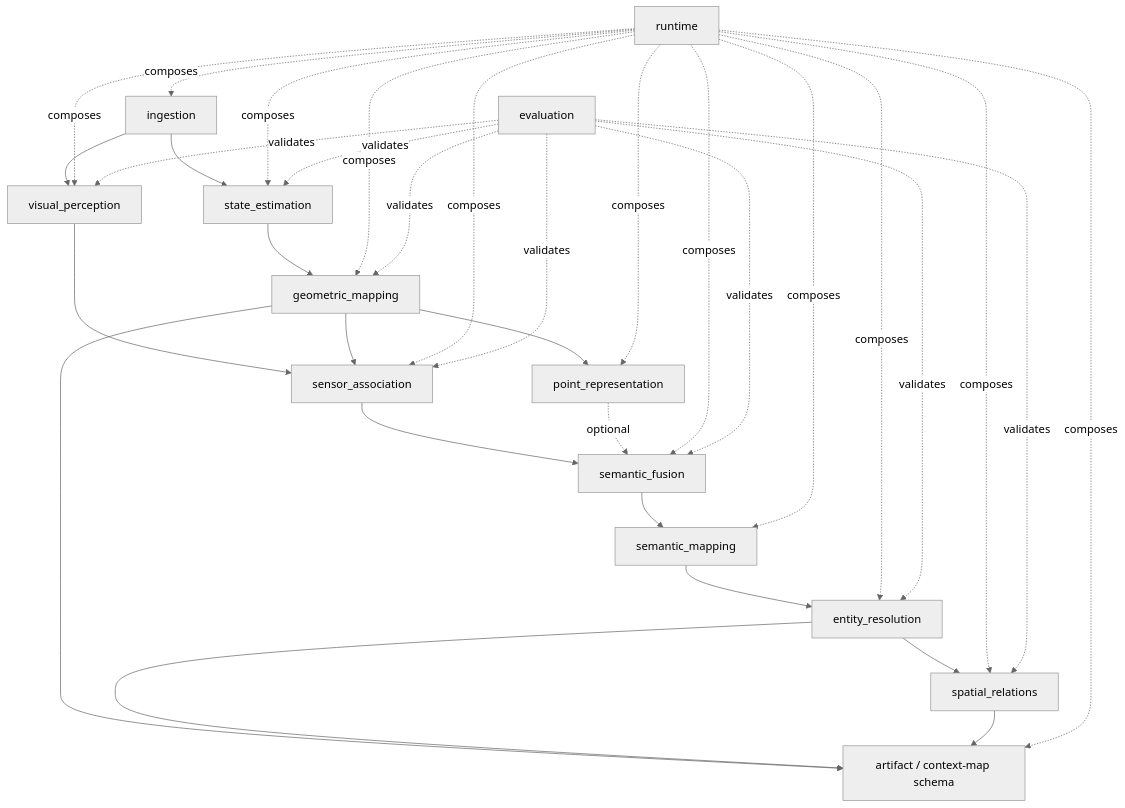
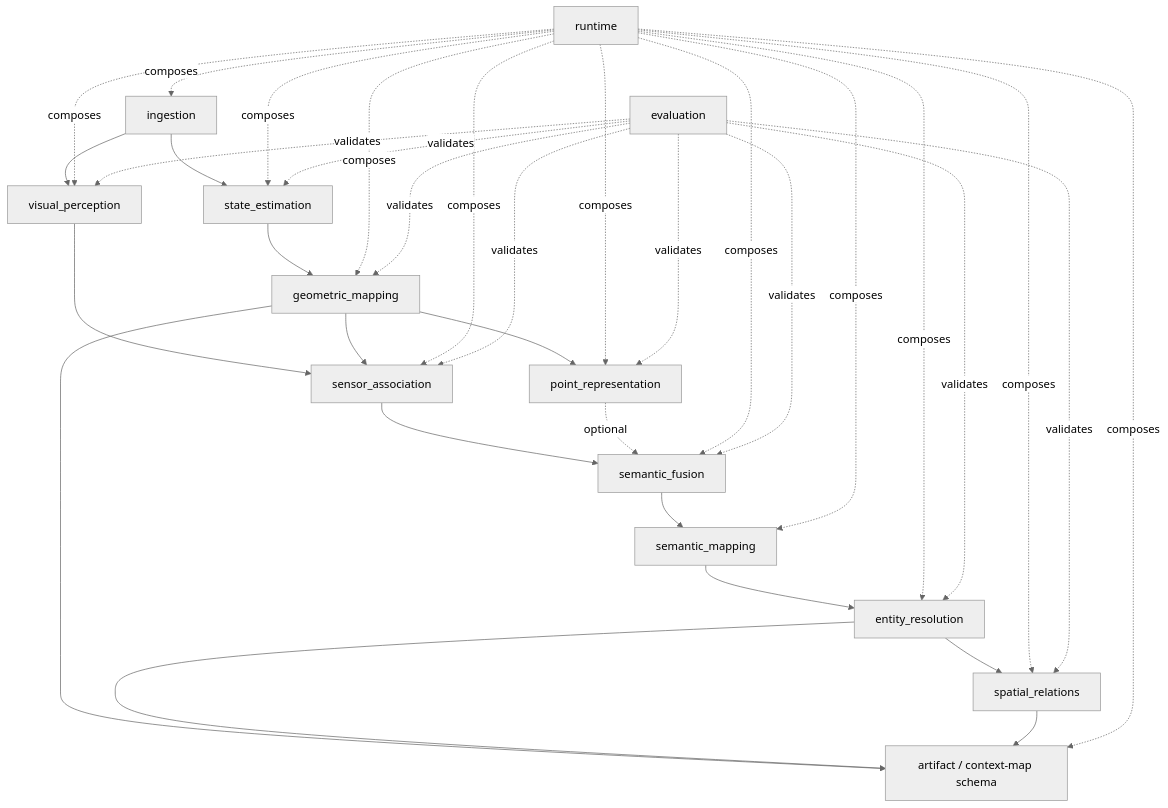
One commit to Alexandre-Tortoza/contextmap2 changed the second of 7 diagrams in docs/architecture.md. Above: the diagram before and after it, drawn with Mermaid (neutral theme). The commit also changed other lines of this file and 30 other files, not shown here.

````diff
--- a/docs/architecture.md
+++ b/docs/architecture.md
@@ -54,55 +54,56 @@
 ```mermaid
 flowchart TD
     ING[ingestion]
     VP[visual_perception]
     ST[state_estimation]
     GM[geometric_mapping]
     SA[sensor_association]
     PR[point_representation]
     SF[semantic_fusion]
     SM[semantic_mapping]
     ER[entity_resolution]
     SR[spatial_relations]
     ART[artifact / context-map schema]
     RT[runtime]
     EV[evaluation]
 
     ING --> VP
     ING --> ST
     ST --> GM
 
     VP --> SA
     GM --> SA
 
     GM --> PR
     SA --> SF
     PR -. optional .-> SF
 
     SF --> SM
     SM --> ER
     ER --> SR
 
     GM --> ART
     ER --> ART
     SR --> ART
 
     RT -. composes .-> ING
     RT -. composes .-> VP
     RT -. composes .-> ST
     RT -. composes .-> GM
     RT -. composes .-> SA
     RT -. composes .-> PR
     RT -. composes .-> SF
     RT -. composes .-> SM
     RT -. composes .-> ER
     RT -. composes .-> SR
     RT -. composes .-> ART
 
     EV -. validates .-> VP
     EV -. validates .-> ST
     EV -. validates .-> GM
     EV -. validates .-> SA
+    EV -. validates .-> PR
     EV -. validates .-> SF
     EV -. validates .-> ER
     EV -. validates .-> SR
 ```
````
